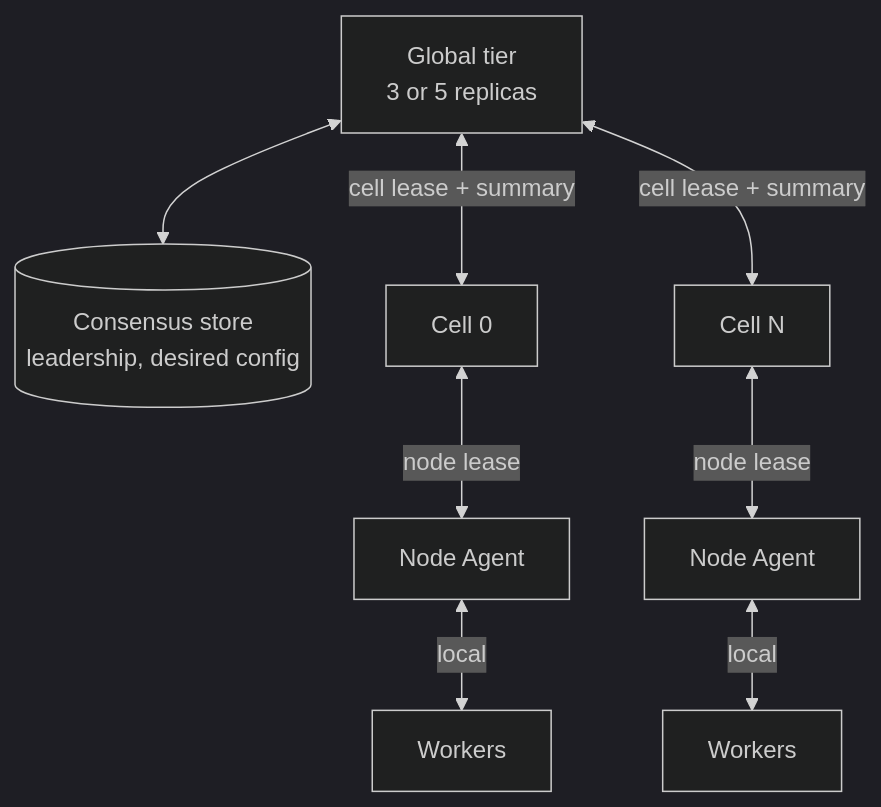
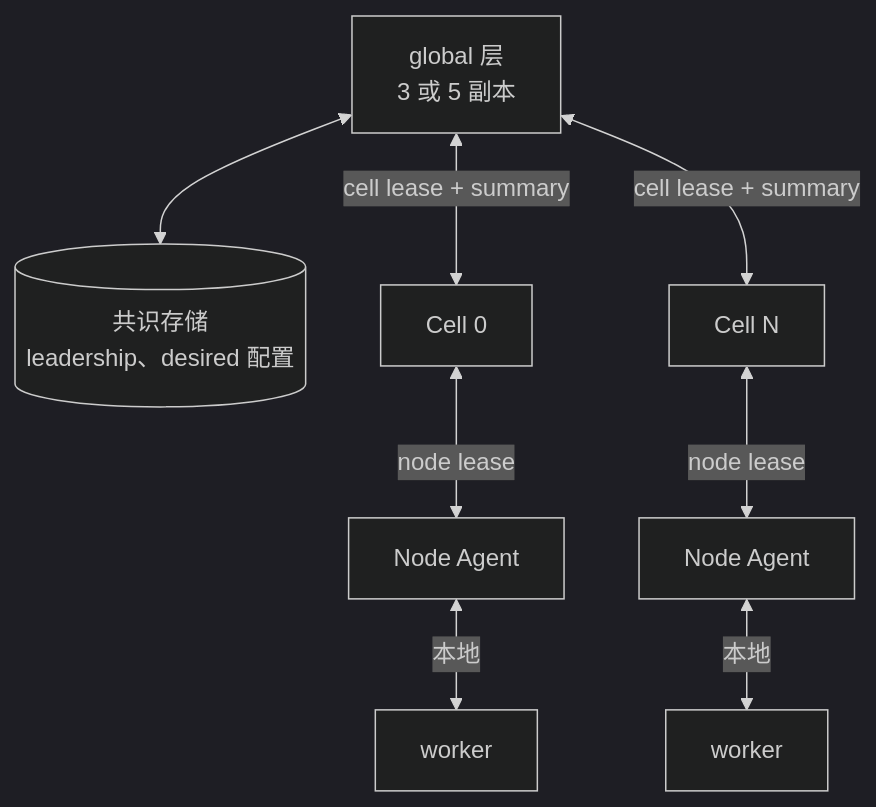
The first of 2 diagrams in docs/02-architecture/02-topology.md (HSPK/tinyray), drawn with Mermaid (dark theme) before and after one commit. The commit also changed other lines of this file and 33 other files, not shown here.

````diff
--- a/docs/02-architecture/02-topology.md
+++ b/docs/02-architecture/02-topology.md
@@ -30,19 +26,19 @@
 ```mermaid
 flowchart TB
-    KV[(Consensus store<br/>leadership, desired config)]
-    G[Global tier<br/>3 or 5 replicas]
+    KV[(共识存储<br/>leadership、desired 配置)]
+    G[global 层<br/>3 或 5 副本]
     C0[Cell 0]
     C1[Cell N]
     N0[Node Agent]
     N1[Node Agent]
-    W0[Workers]
-    W1[Workers]
+    W0[worker]
+    W1[worker]
 
     G <--> KV
     G <-->|cell lease + summary| C0
     G <-->|cell lease + summary| C1
     C0 <-->|node lease| N0
     C1 <-->|node lease| N1
-    N0 <-->|local| W0
-    N1 <-->|local| W1
+    N0 <-->|本地| W0
+    N1 <-->|本地| W1
 ```
````
